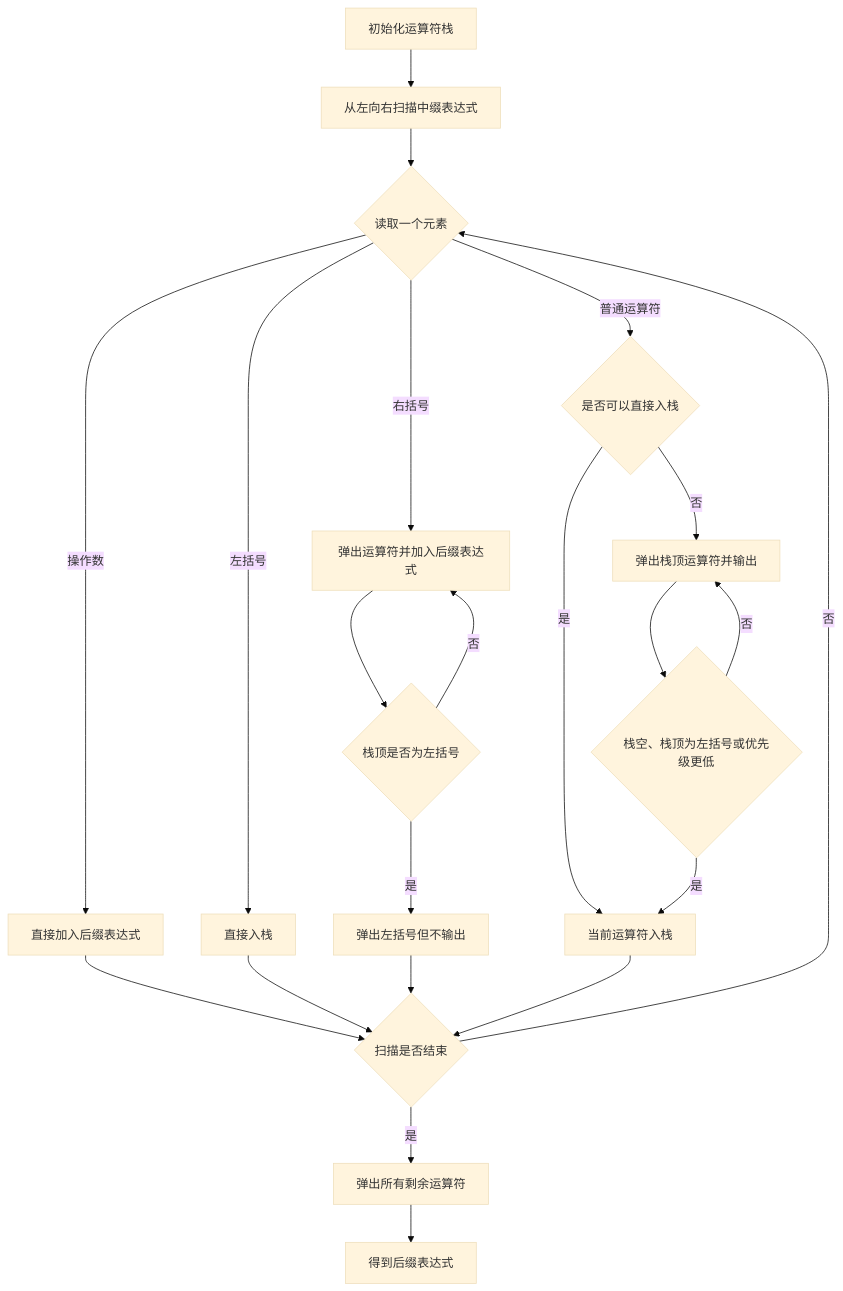
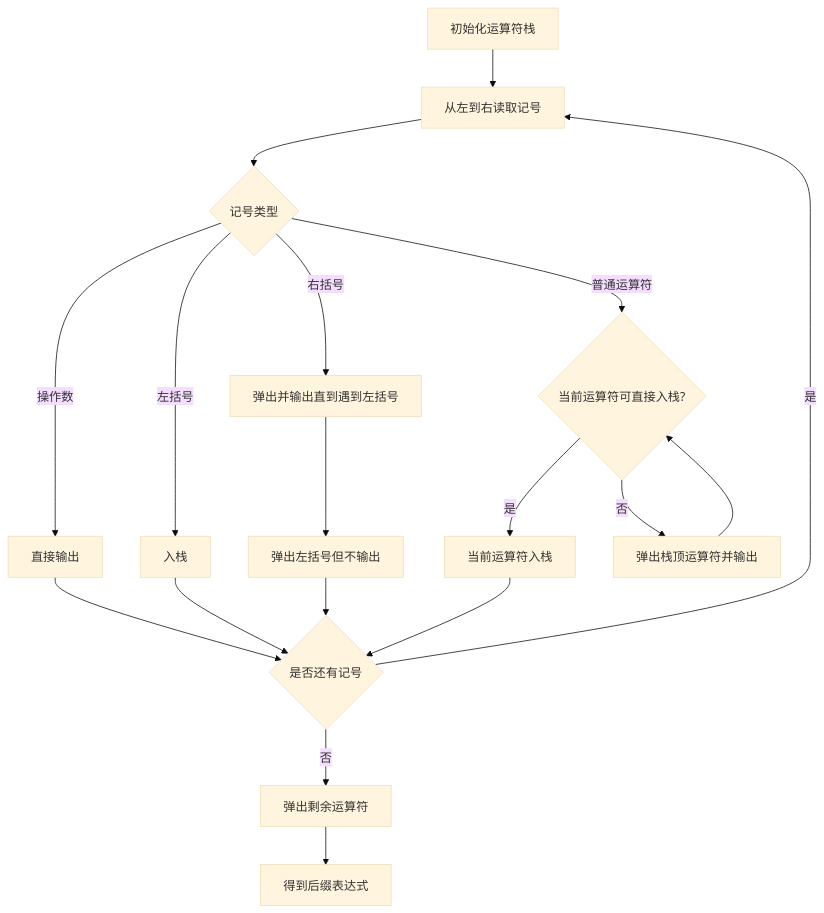
One commit to ActiveInsighter/fumadocs-study changed the second of 2 diagrams in content/docs/408/knowledge2/data-structure/03-stack-queue-array/03-applications.mdx. Above: the diagram before and after it, drawn with Mermaid (base theme). The commit also changed other lines of this file and 85 other files, not shown here.

````diff
--- a/content/docs/408/knowledge2/data-structure/03-stack-queue-array/03-applications.mdx
+++ b/content/docs/408/knowledge2/data-structure/03-stack-queue-array/03-applications.mdx
@@ -408,29 +346,20 @@
 ```mermaid
 flowchart TD
-    A[初始化运算符栈] --> B[从左向右扫描中缀表达式]
-    B --> C{读取一个元素}
-
-    C -->|操作数| D[直接加入后缀表达式]
-    C -->|左括号| E[直接入栈]
-    C -->|右括号| F[弹出运算符并加入后缀表达式]
-    C -->|普通运算符| G{是否可以直接入栈}
-
-    F --> H{栈顶是否为左括号}
-    H -->|否| F
-    H -->|是| I[弹出左括号但不输出]
-
-    G -->|是| J[当前运算符入栈]
-    G -->|否| K[弹出栈顶运算符并输出]
-    K --> L{栈空、栈顶为左括号或优先级更低}
-    L -->|否| K
-    L -->|是| J
-
-    D --> M{扫描是否结束}
-    E --> M
-    I --> M
-    J --> M
-
-    M -->|否| C
-    M -->|是| N[弹出所有剩余运算符]
-    N --> O[得到后缀表达式]
+    A[初始化运算符栈] --> B[从左到右读取记号]
+    B --> C{记号类型}
+    C -->|操作数| D[直接输出]
+    C -->|左括号| E[入栈]
+    C -->|右括号| F[弹出并输出直到遇到左括号]
+    F --> G[弹出左括号但不输出]
+    C -->|普通运算符| H{当前运算符可直接入栈?}
+    H -->|是| I[当前运算符入栈]
+    H -->|否| J[弹出栈顶运算符并输出]
+    J --> H
+    D --> K{是否还有记号}
+    E --> K
+    G --> K
+    I --> K
+    K -->|是| B
+    K -->|否| L[弹出剩余运算符]
+    L --> M[得到后缀表达式]
 ```
````
